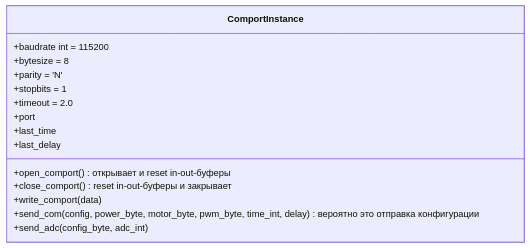
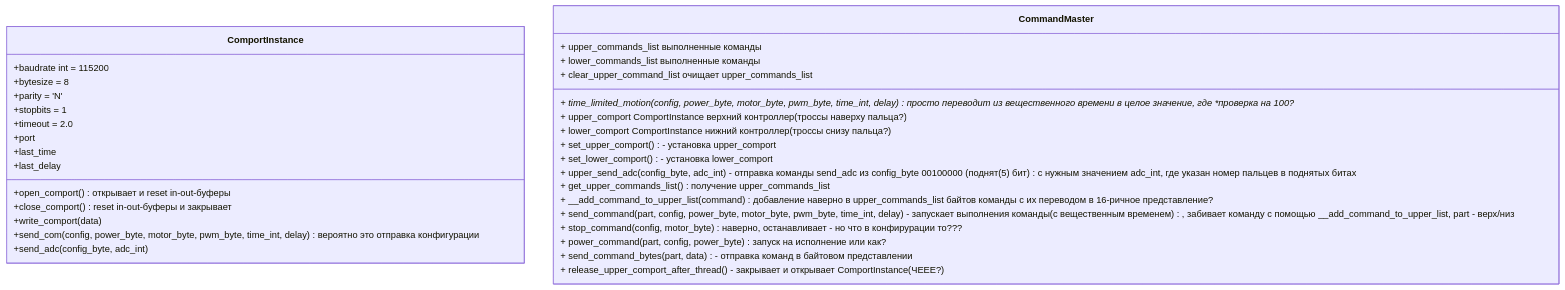
One commit to kosteleyyv/wiki_cybermed changed the diagram in README.md. Above: the diagram before and after it, drawn with Mermaid. The commit also changed other lines of this file, not shown here.

````diff
--- a/README.md
+++ b/README.md
@@ -3,19 +3,38 @@
 ```mermaid
 classDiagram
 class ComportInstance {
   +baudrate int = 115200
   +bytesize = 8
   +parity = 'N' 
   +stopbits  = 1
   +timeout = 2.0
   +port 
   +last_time
   +last_delay
   +open_comport() открывает и reset in-out-буферы
   +close_comport() reset in-out-буферы и закрывает
   +write_comport(data)
   +send_com(config, power_byte, motor_byte, pwm_byte, time_int, delay) вероятно это отправка конфигурации
   +send_adc(config_byte, adc_int)
 }
 
+class CommandMaster{
+   + time_limited_motion(config, power_byte, motor_byte, pwm_byte, time_int, delay) просто переводит из вещественного времени в целое значение, где **проверка на 100?**
+   + upper_comport ComportInstance верхний контроллер (троссы наверху пальца?)
+   + lower_comport ComportInstance нижний контроллер (троссы снизу пальца?)
+   + upper_commands_list выполненные команды
+   + lower_commands_list выполненные команды
+   + set_upper_comport() - установка upper_comport
+   + set_lower_comport() - установка lower_comport
+   + upper_send_adc(config_byte, adc_int) - отправка команды send_adc из config_byte 00100000 (поднят (5) бит) с нужным значением adc_int, где указан номер пальцев в поднятых битах
+   + get_upper_commands_list() получение upper_commands_list
+   + __add_command_to_upper_list (command) добавление наверно в upper_commands_list байтов команды с их переводом в 16-ричное представление?
+   + clear_upper_command_list очищает upper_commands_list
+   + send_command(part, config, power_byte, motor_byte, pwm_byte, time_int, delay) - запускает выполнения команды (с вещественным временем), забивает команду с помощью __add_command_to_upper_list, part - верх/низ
+   + stop_command(config, motor_byte) наверно, останавливает - но что в конфирурации то???
+   + power_command(part, config, power_byte) запуск на исполнение или как?
+   + send_command_bytes( part, data) - отправка команд в байтовом представлении
+   + release_upper_comport_after_thread() - закрывает и открывает ComportInstance (ЧЕЕЕ?)
+}
+
 ```
````
